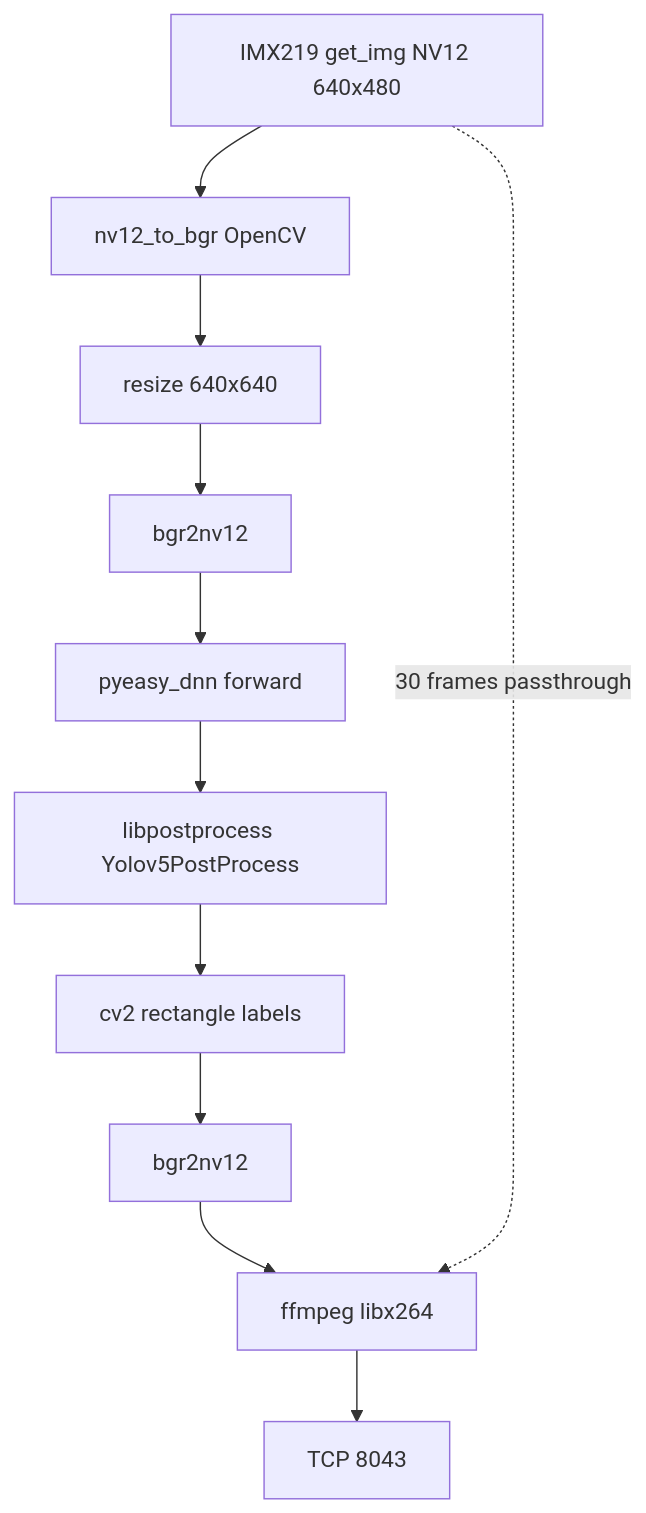
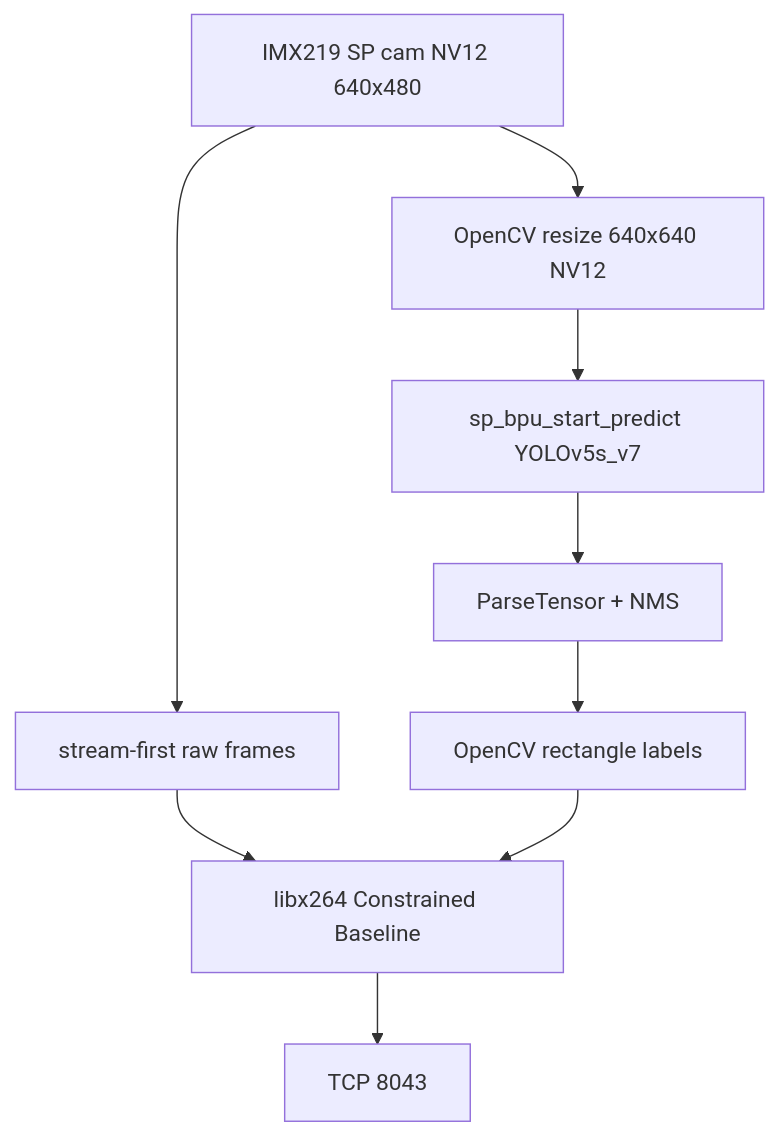
One commit to XimunMendiburu-git/vigibot-rdk-x5 changed the diagram in docs/yolo-source.md. Above: the diagram before and after it, drawn with Mermaid. The commit also changed other lines of this file and 21 other files, not shown here.

First line of the commit message:
Unify video sources 0/1/2 on full C++ libx264 + BPU paths.

````diff
--- a/docs/yolo-source.md
+++ b/docs/yolo-source.md
@@ -51,17 +51,13 @@
 ```mermaid
 flowchart TB
-  Cam[IMX219 get_img NV12 640x480]
-  Bgr[nv12_to_bgr OpenCV]
-  Resize[resize 640x640]
-  Nv12In[bgr2nv12]
-  BPU[pyeasy_dnn forward]
-  Post[libpostprocess Yolov5PostProcess]
-  Draw[cv2 rectangle labels]
-  OutNv12[bgr2nv12]
-  X264[ffmpeg libx264]
+  Cam[IMX219 SP cam NV12 640x480]
+  Pass[stream-first raw frames]
+  Resize[OpenCV resize 640x640 NV12]
+  BPU[sp_bpu_start_predict YOLOv5s_v7]
+  Post[ParseTensor + NMS]
+  Draw[OpenCV rectangle labels]
+  X264[libx264 Constrained Baseline]
   Tcp[TCP 8043]
-  Cam --> Bgr
-  Bgr --> Resize --> Nv12In --> BPU --> Post --> Draw
-  Draw --> OutNv12 --> X264 --> Tcp
-  Cam -.->|"30 frames passthrough"| X264
+  Cam --> Pass --> X264
+  Cam --> Resize --> BPU --> Post --> Draw --> X264 --> Tcp
 ```
````
